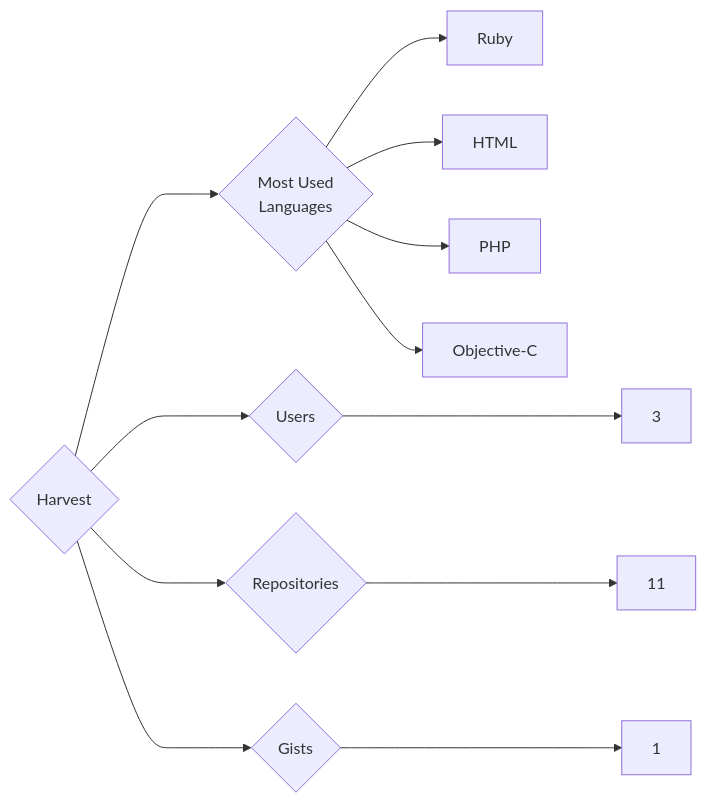
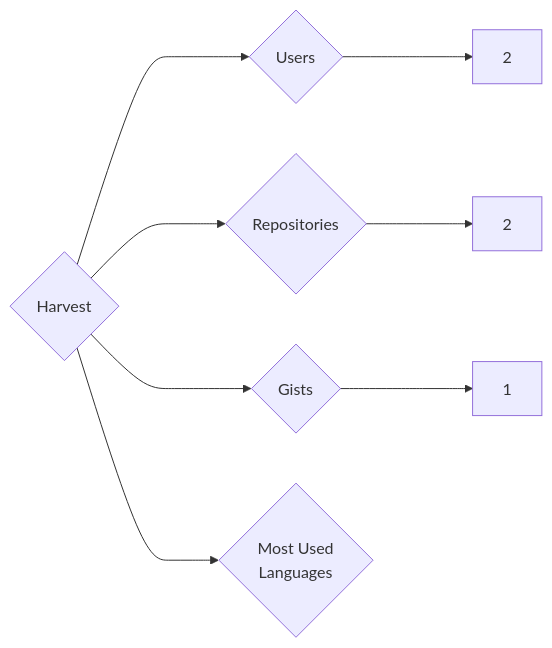
The diagram in targets/Harvest/README.md (trickest/insiders), drawn with Mermaid before and after one commit. The commit also changed 676 other files, not shown here.

````diff
--- a/targets/Harvest/README.md
+++ b/targets/Harvest/README.md
@@ -3,12 +3,8 @@
 ```mermaid
 graph LR
 COMPANY_NAME{Harvest}
-COMPANY_NAME ---> U{Users} ---> UN[3]
-COMPANY_NAME ---> R{Repositories} ---> RN[11]
+COMPANY_NAME ---> U{Users} ---> UN[2]
+COMPANY_NAME ---> R{Repositories} ---> RN[2]
 COMPANY_NAME ---> G{Gists} ---> GN[1]
 COMPANY_NAME ---> ML{Most Used<br>Languages}
-ML --> Ruby[Ruby]
-ML --> HTML[HTML]
-ML --> PHP[PHP]
-ML --> Objective-C[Objective-C]
 ```
````
